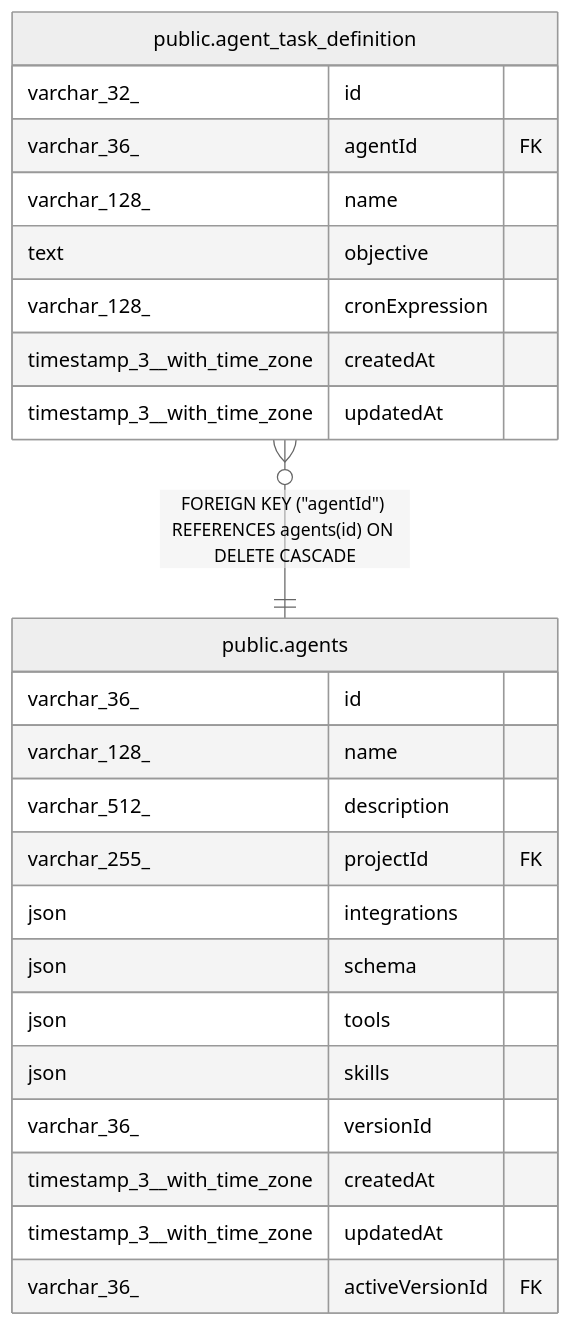
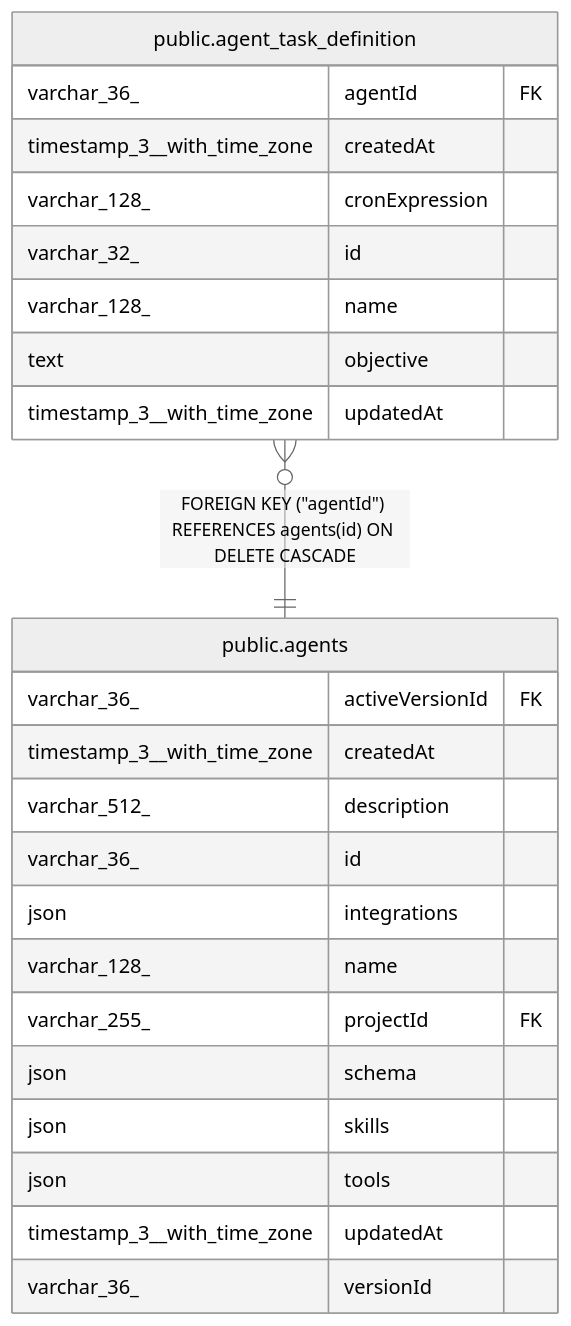
The diagram in docs/generated/postgres-schema/public.agent_task_definition.md (mayankjain1815-commits/n8n), drawn with Mermaid (neutral theme) before and after one commit. The commit also changed other lines of this file and 221 other files, not shown here.

Commit message:
chore(core): Make DB schema docs generation deterministic (#32373)

````diff
--- a/docs/generated/postgres-schema/public.agent_task_definition.md
+++ b/docs/generated/postgres-schema/public.agent_task_definition.md
@@ -38,29 +38,29 @@
 ```mermaid
 erDiagram
 
 "public.agent_task_definition" }o--|| "public.agents" : "FOREIGN KEY (#quot;agentId#quot;) REFERENCES agents(id) ON DELETE CASCADE"
 
 "public.agent_task_definition" {
+  varchar_36_ agentId FK
+  timestamp_3__with_time_zone createdAt
+  varchar_128_ cronExpression
   varchar_32_ id
-  varchar_36_ agentId FK
   varchar_128_ name
   text objective
-  varchar_128_ cronExpression
-  timestamp_3__with_time_zone createdAt
   timestamp_3__with_time_zone updatedAt
 }
 "public.agents" {
+  varchar_36_ activeVersionId FK
+  timestamp_3__with_time_zone createdAt
+  varchar_512_ description
   varchar_36_ id
+  json integrations
   varchar_128_ name
-  varchar_512_ description
   varchar_255_ projectId FK
-  json integrations
   json schema
+  json skills
   json tools
-  json skills
+  timestamp_3__with_time_zone updatedAt
   varchar_36_ versionId
-  timestamp_3__with_time_zone createdAt
-  timestamp_3__with_time_zone updatedAt
-  varchar_36_ activeVersionId FK
 }
 ```
````
